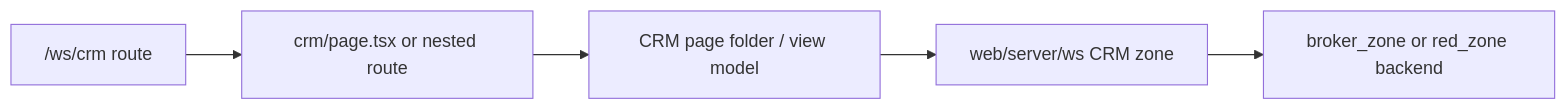
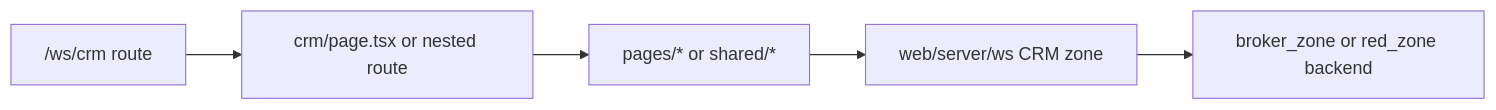
Before and after one commit to Up-to-code/anan-ai: the diagram in apps/web/app/(ws)/ws/(zones)/crm/README.md, drawn with Mermaid. The commit also changed other lines of this file and 223 other files, not shown here.

Commit message:
Normalize workspace zone architecture

````diff
--- a/apps/web/app/(ws)/ws/(zones)/crm/README.md
+++ b/apps/web/app/(ws)/ws/(zones)/crm/README.md
@@ -17,7 +19,7 @@
 ```mermaid
 flowchart LR
   A["/ws/crm route"] --> B["crm/page.tsx or nested route"]
-  B --> C["CRM page folder / view model"]
+  B --> C["pages/* or shared/*"]
   C --> D["web/server/ws CRM zone"]
   D --> E["broker_zone or red_zone backend"]
 ```
````
